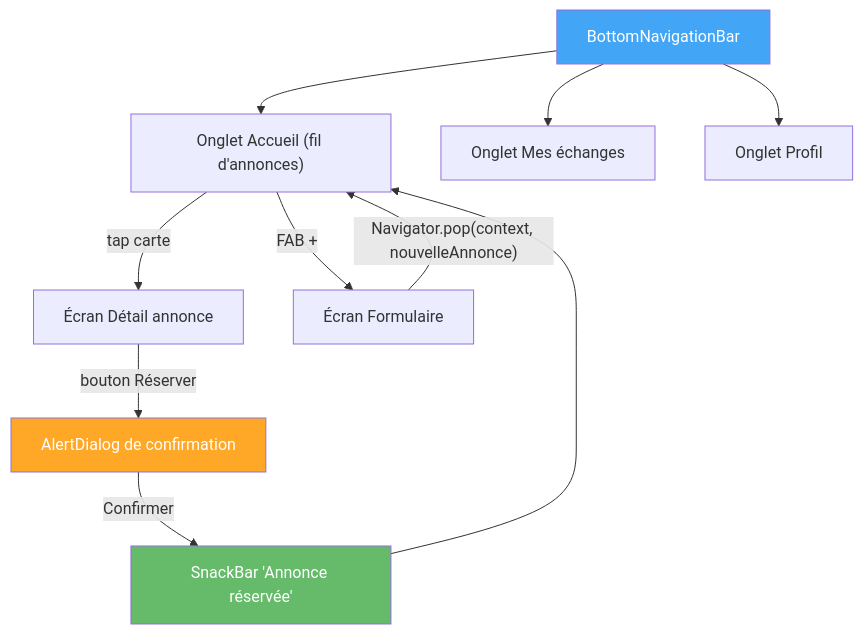
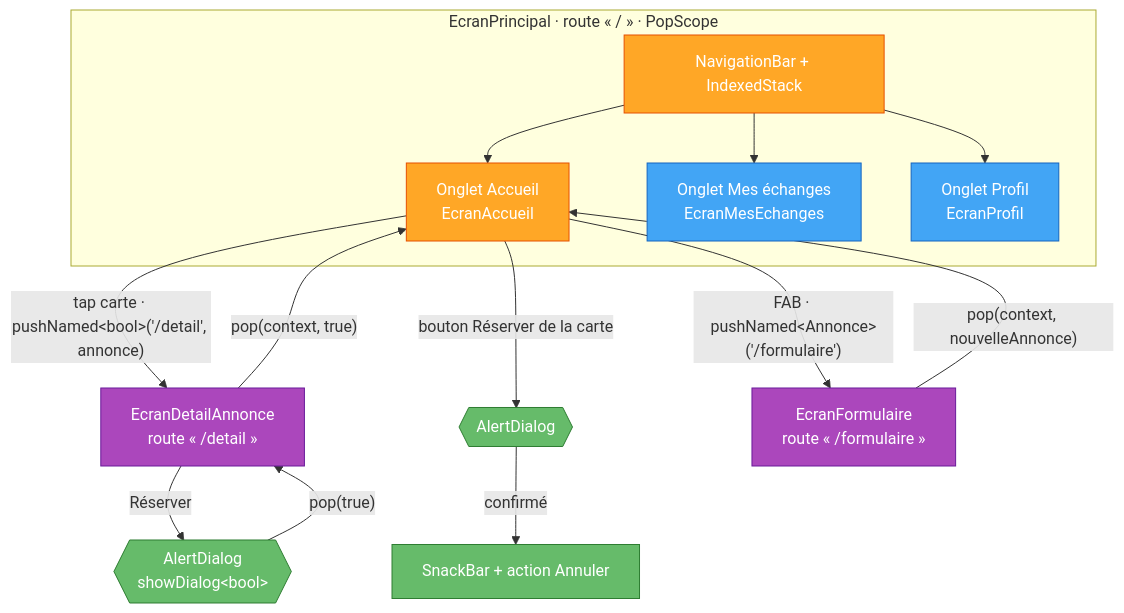
One commit to hajjiBel/flutter_2026 changed the diagram in TP5_Navigation_UI.md. Above: the diagram before and after it, drawn with Mermaid. The commit also changed other lines of this file, not shown here.

First line of the commit message:
TP5 : refonte de l'énoncé (routes typées, mounted, PopScope, NavigationBar, partie anti-IA)

````diff
--- a/TP5_Navigation_UI.md
+++ b/TP5_Navigation_UI.md
@@ -36,17 +74,22 @@
 ```mermaid
 flowchart TB
-    BNB["BottomNavigationBar"] --> T1["Onglet Accueil (fil d'annonces)"]
-    BNB --> T2["Onglet Mes échanges"]
-    BNB --> T3["Onglet Profil"]
+    subgraph SHELL["EcranPrincipal · route « / » · PopScope"]
+      NB["NavigationBar + IndexedStack"]:::stateful
+      NB --> T1["Onglet Accueil<br/>EcranAccueil"]:::stateful
+      NB --> T2["Onglet Mes échanges<br/>EcranMesEchanges"]:::stateless
+      NB --> T3["Onglet Profil<br/>EcranProfil"]:::stateless
+    end
+    T1 -->|"tap carte · pushNamed&lt;bool&gt;('/detail', annonce)"| D["EcranDetailAnnonce<br/>route « /detail »"]:::route
+    D -->|"Réserver"| DLG{{"AlertDialog<br/>showDialog&lt;bool&gt;"}}:::dialog
+    DLG -->|"pop(true)"| D
+    D -->|"pop(context, true)"| T1
+    T1 -->|"bouton Réserver de la carte"| DLG2{{"AlertDialog"}}:::dialog
+    DLG2 -->|"confirmé"| SB["SnackBar + action Annuler"]:::dialog
+    T1 -->|"FAB · pushNamed&lt;Annonce&gt;('/formulaire')"| F["EcranFormulaire<br/>route « /formulaire »"]:::route
+    F -->|"pop(context, nouvelleAnnonce)"| T1
 
-    T1 -->|"tap carte"| D["Écran Détail annonce"]
-    D -->|"bouton Réserver"| DIAL["AlertDialog de confirmation"]
-    DIAL -->|"Confirmer"| SB["SnackBar 'Annonce réservée'"]
-    SB --> T1
-    T1 -->|"FAB +"| F["Écran Formulaire"]
-    F -->|"Navigator.pop(context, nouvelleAnnonce)"| T1
-
-    style BNB fill:#42a5f5,color:#fff
-    style DIAL fill:#ffa726,color:#fff
-    style SB fill:#66bb6a,color:#fff
+    classDef stateful fill:#ffa726,stroke:#e65100,color:#fff
+    classDef stateless fill:#42a5f5,stroke:#1565c0,color:#fff
+    classDef route fill:#ab47bc,stroke:#6a1b9a,color:#fff
+    classDef dialog fill:#66bb6a,stroke:#2e7d32,color:#fff
 ```
````
